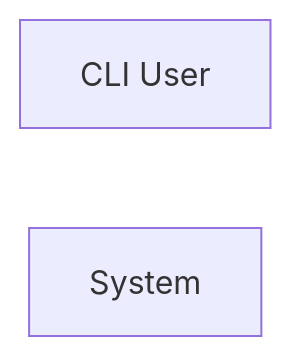
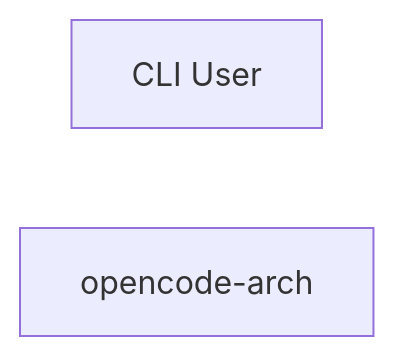
Before and after one commit to opn-arch/opencode-arch: the diagram in .architecture-models/docs/se/conops.md, drawn with Mermaid. The commit also changed other lines of this file and 102 other files, not shown here.

````diff
--- a/.architecture-models/docs/se/conops.md
+++ b/.architecture-models/docs/se/conops.md
@@ -48,5 +56,5 @@
 ```mermaid
 graph LR
     ACT-1["CLI User"]
-    SYS["System"]
+    SYS["opencode-arch"]
 ```
````
